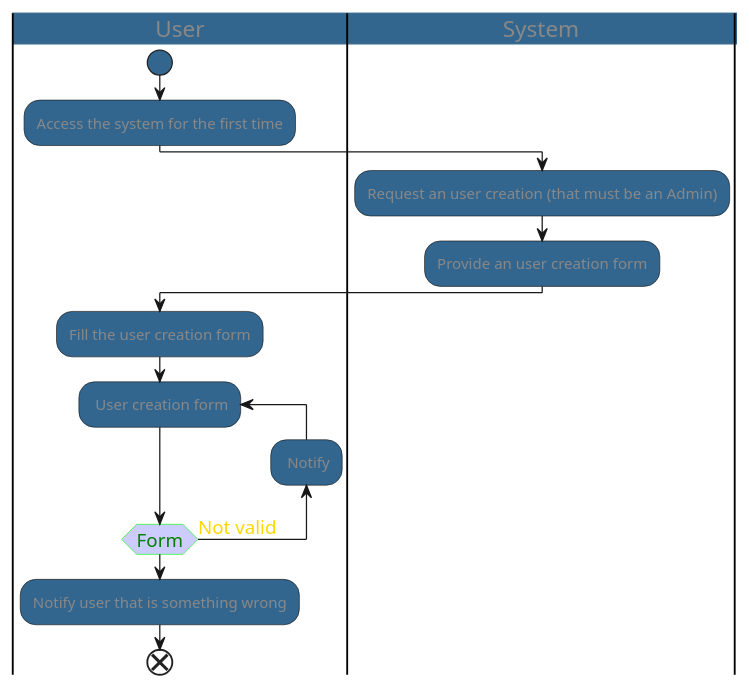
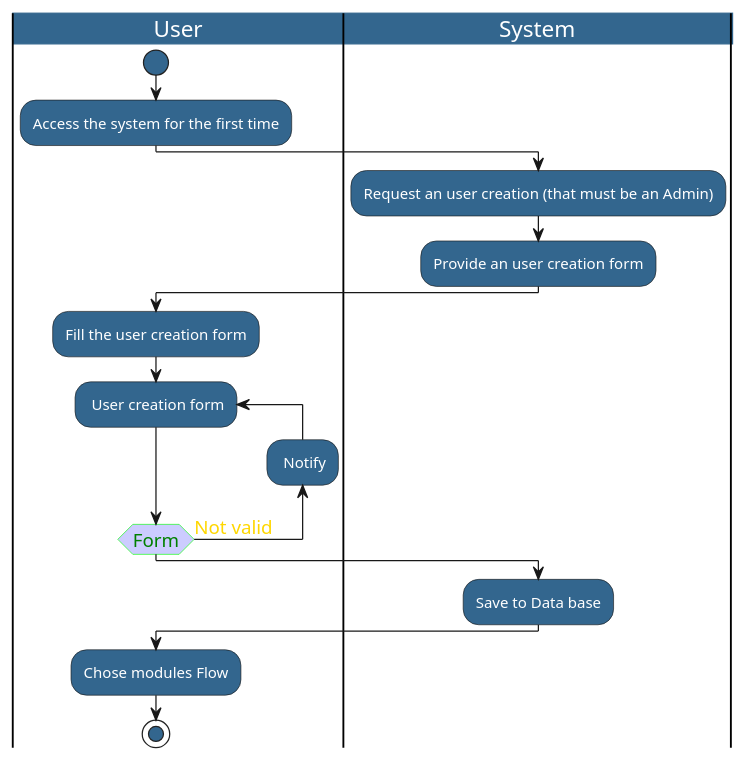
The diagram in Diagrams/GettingStarted/firstAdminCreation.puml (ines-erp/knowledgebase), drawn with PlantUML before and after one commit.

Commit message:
Adding first admin creation diagram

```diff
--- a/Diagrams/GettingStarted/firstAdminCreation.puml
+++ b/Diagrams/GettingStarted/firstAdminCreation.puml
@@ -1,72 +1,60 @@
 @startuml
 <style>
 activityDiagram {
   BackgroundColor #33668E
   BorderColor #33668E
-  FontColor #888
+  FontColor #fff
   FontName arial
 
   diamond {
     BackgroundColor #ccf
     LineColor #00FF00
     FontColor green
     FontName arial
     FontSize 15
   }
   arrow {
     FontColor gold
     FontName arial
     FontSize 15
+
   }
   partition {
     LineColor red
     FontColor green
     RoundCorner 10
     BackgroundColor PeachPuff
   }
   note {
     FontColor Blue
     LineColor Navy
     BackgroundColor #ccf
   }
 }
 document {
    BackgroundColor transparent
 }
 </style>
 
 |User|
 start
 :Access the system for the first time;
 
 |System|
 :Request an user creation (that must be an Admin);
 :Provide an user creation form;
 
 |User|
 :Fill the user creation form;
 
 repeat: User creation form;
 |User|
 backward: Notify;
 repeat while (Form) is (Not valid)
-:Notify user that is something wrong;
+|System|
+:Save to Data base;
 
-'fork
-':Cancel;
-'repeat :User creation form;
-'    :User creation form;
-'backward: jaca;
-'repeat while (form is not OK)
-'endfork
-
-
-'else (Valid)
-'|System|
-':Save to Data base;
-
-
-
-
-end
+|User|
+:Chose modules Flow;
+stop
 @enduml
```
